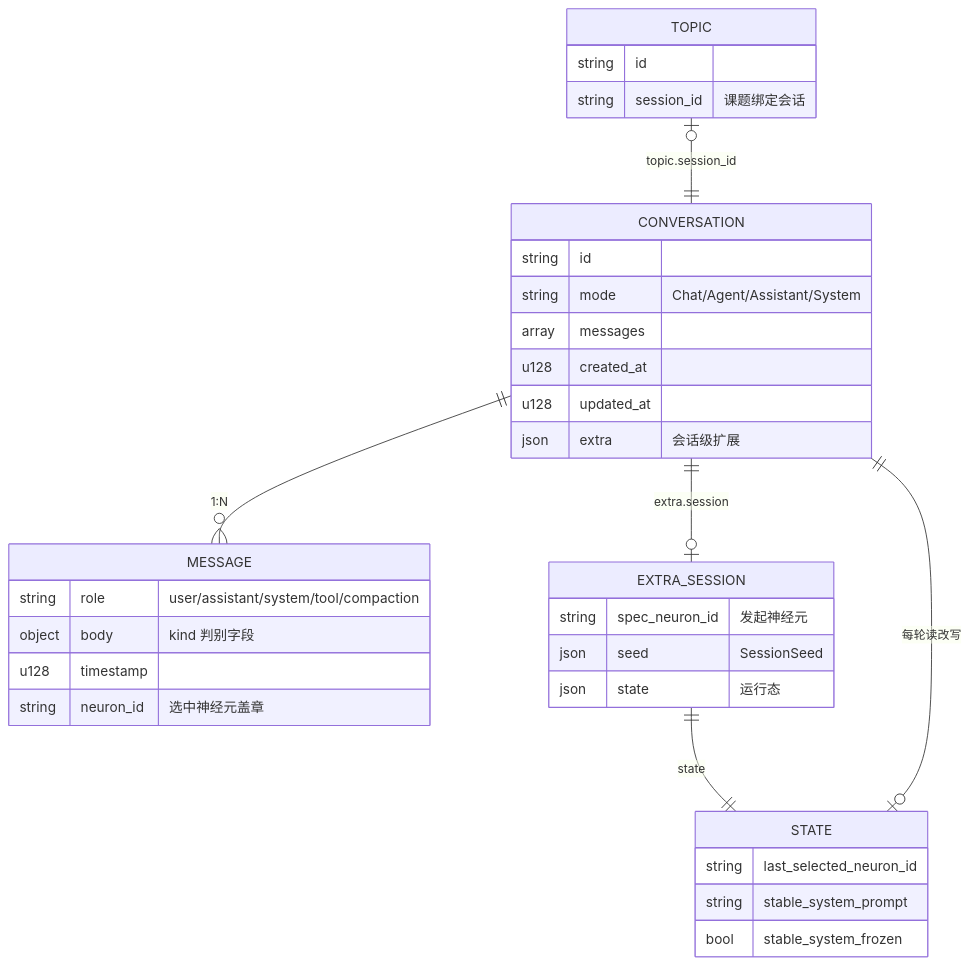
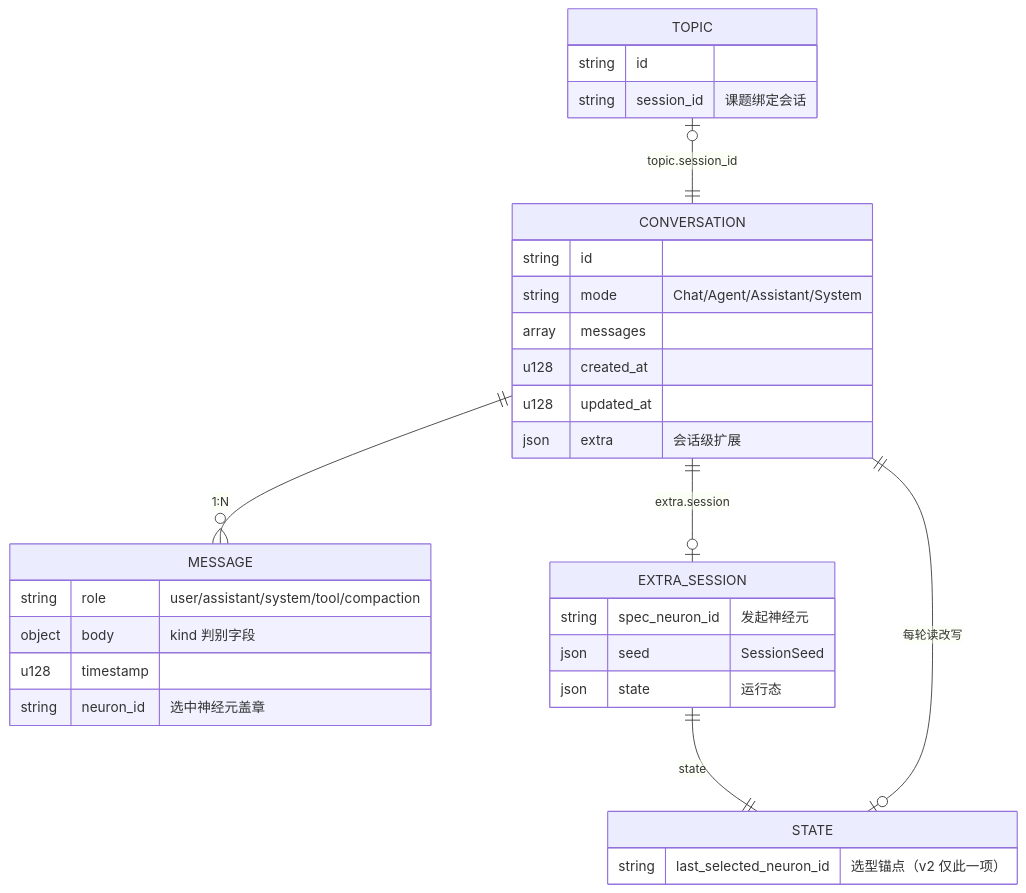
One commit to luoanb/new-start changed the second of 8 diagrams in docs/pulsar/session-message-architecture.md. Above: the diagram before and after it, drawn with Mermaid. The commit also changed other lines of this file and 17 other files, not shown here.

````diff
--- a/docs/pulsar/session-message-architecture.md
+++ b/docs/pulsar/session-message-architecture.md
@@ -37,37 +37,35 @@
 ```mermaid
 erDiagram
   CONVERSATION ||--o{ MESSAGE : "1:N"
   CONVERSATION ||--o| EXTRA_SESSION : "extra.session"
   EXTRA_SESSION ||--|| STATE : "state"
   TOPIC o|--|| CONVERSATION : "topic.session_id"
   CONVERSATION ||--o| STATE : "每轮读改写"
 
   CONVERSATION {
     string id
     string mode "Chat/Agent/Assistant/System"
     array messages
     u128 created_at
     u128 updated_at
     json extra "会话级扩展"
   }
   MESSAGE {
     string role "user/assistant/system/tool/compaction"
     object body "kind 判别字段"
     u128 timestamp
     string neuron_id "选中神经元盖章"
   }
   EXTRA_SESSION {
     string spec_neuron_id "发起神经元"
     json seed "SessionSeed"
     json state "运行态"
   }
   STATE {
-    string last_selected_neuron_id
-    string stable_system_prompt
-    bool stable_system_frozen
+    string last_selected_neuron_id "选型锚点（v2 仅此一项）"
   }
   TOPIC {
     string id
     string session_id "课题绑定会话"
   }
 ```
````
